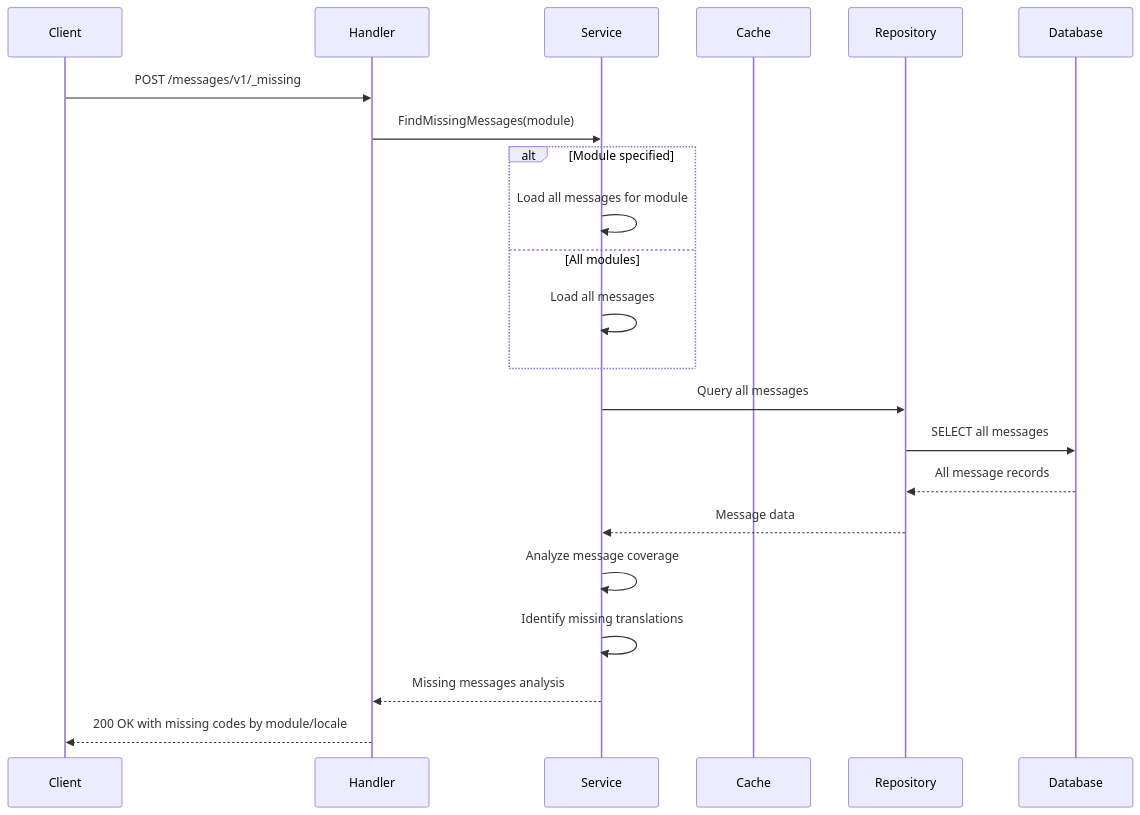
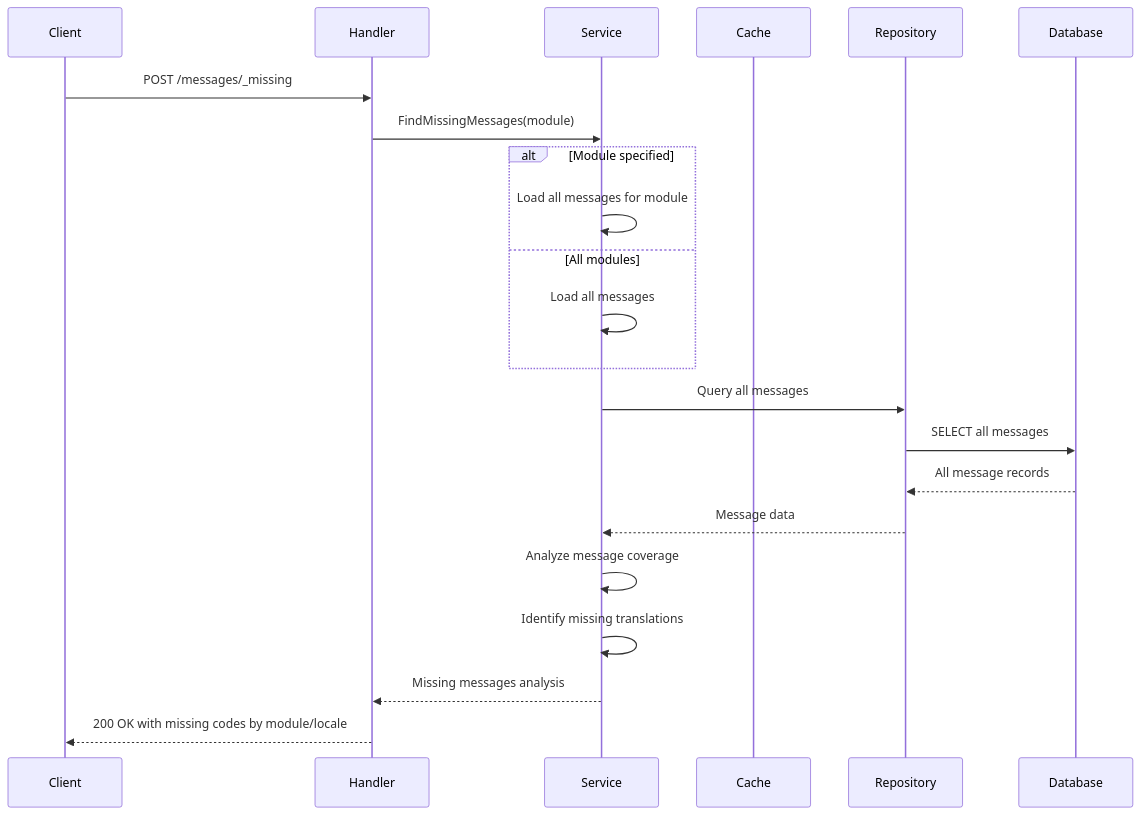
One commit to anishEgov/digit3 changed the seventh of 7 diagrams in code/services/localisationgo/README.md. Above: the diagram before and after it, drawn with Mermaid. The commit also changed other lines of this file, not shown here.

````diff
--- a/code/services/localisationgo/README.md
+++ b/code/services/localisationgo/README.md
@@ -467,29 +540,29 @@
 ```mermaid
 sequenceDiagram
     participant Client
     participant Handler
     participant Service
     participant Cache
     participant Repository
     participant Database
 
-    Client->>Handler: POST /messages/v1/_missing
+    Client->>Handler: POST /messages/_missing
     Handler->>Service: FindMissingMessages(module)
     
     alt Module specified
         Service->>Service: Load all messages for module
     else All modules
         Service->>Service: Load all messages
     end
     
     Service->>Repository: Query all messages
     Repository->>Database: SELECT all messages
     Database-->>Repository: All message records
     Repository-->>Service: Message data
     
     Service->>Service: Analyze message coverage
     Service->>Service: Identify missing translations
     
     Service-->>Handler: Missing messages analysis
     Handler-->>Client: 200 OK with missing codes by module/locale
 ```
````
